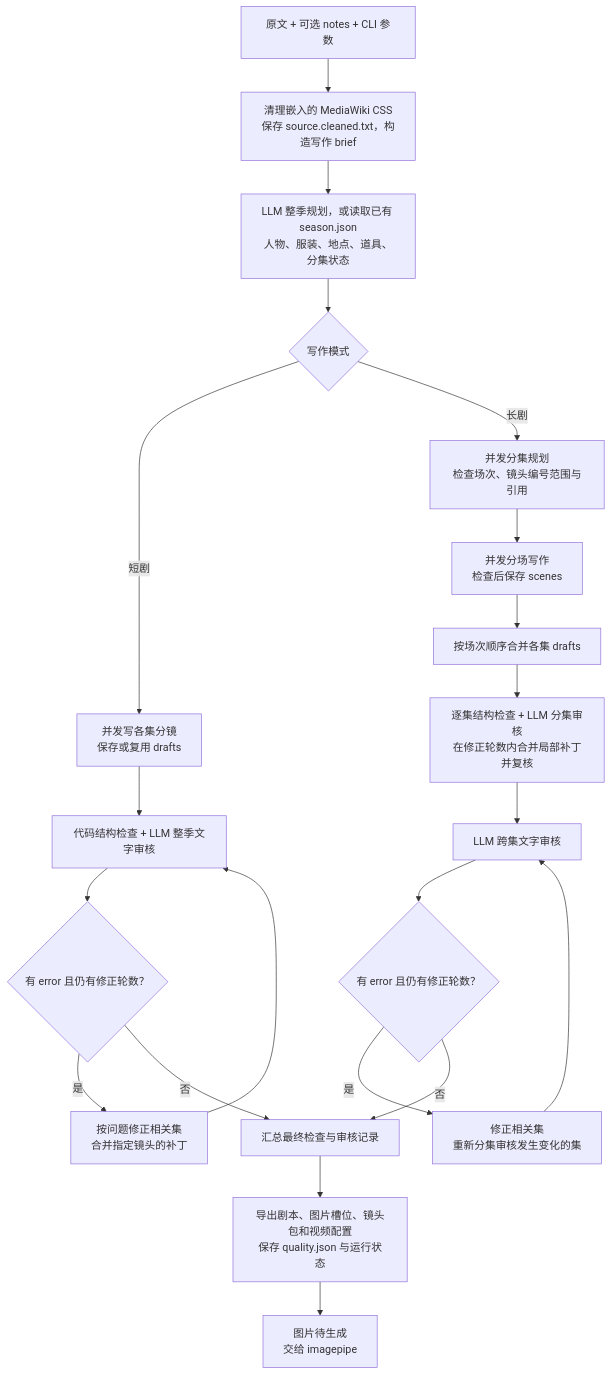
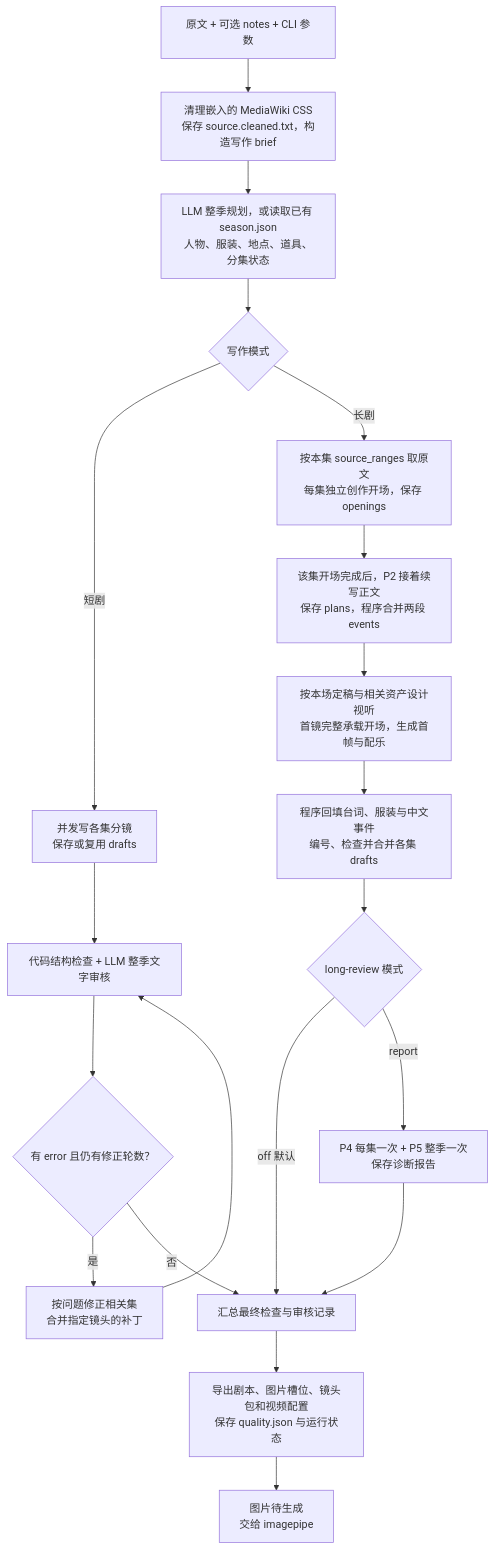
Before and after one commit to mtbnydx-dot/local-fully-automated-video-workflow: the first of 3 diagrams in docs/workflow.md, drawn with Mermaid. The commit also changed other lines of this file and 3 other files, not shown here.

````diff
--- a/docs/workflow.md
+++ b/docs/workflow.md
@@ -15,23 +15,22 @@
 ```mermaid
 flowchart TD
     S0["原文 + 可选 notes + CLI 参数"] --> S1["清理嵌入的 MediaWiki CSS<br/>保存 source.cleaned.txt，构造写作 brief"]
     S1 --> S2["LLM 整季规划，或读取已有 season.json<br/>人物、服装、地点、道具、分集状态"]
     S2 --> S3{"写作模式"}
     S3 -->|短剧| S4["并发写各集分镜<br/>保存或复用 drafts"]
     S4 --> S5["代码结构检查 + LLM 整季文字审核"]
     S5 --> S6{"有 error 且仍有修正轮数？"}
     S6 -->|是| S7["按问题修正相关集<br/>合并指定镜头的补丁"]
     S7 --> S5
-    S3 -->|长剧| S8["并发分集规划<br/>检查场次、镜头编号范围与引用"]
-    S8 --> S9["并发分场写作<br/>检查后保存 scenes"]
-    S9 --> S10["按场次顺序合并各集 drafts"]
-    S10 --> S11["逐集结构检查 + LLM 分集审核<br/>在修正轮数内合并局部补丁并复核"]
-    S11 --> S12["LLM 跨集文字审核"]
-    S12 --> S13{"有 error 且仍有修正轮数？"}
-    S13 -->|是| S14["修正相关集<br/>重新分集审核发生变化的集"]
-    S14 --> S12
+    S3 -->|长剧| SO["按本集 source_ranges 取原文<br/>每集独立创作开场，保存 openings"]
+    SO --> S8["该集开场完成后，P2 接着续写正文<br/>保存 plans，程序合并两段 events"]
+    S8 --> S9["按本场定稿与相关资产设计视听<br/>首镜完整承载开场，生成首帧与配乐"]
+    S9 --> S10["程序回填台词、服装与中文事件<br/>编号、检查并合并各集 drafts"]
+    S10 --> S11{"long-review 模式"}
+    S11 -->|off 默认| S15
+    S11 -->|report| S12["P4 每集一次 + P5 整季一次<br/>保存诊断报告"]
     S6 -->|否| S15["汇总最终检查与审核记录"]
-    S13 -->|否| S15
+    S12 --> S15
     S15 --> S16["导出剧本、图片槽位、镜头包和视频配置<br/>保存 quality.json 与运行状态"]
     S16 --> S17["图片待生成<br/>交给 imagepipe"]
 ```
````
